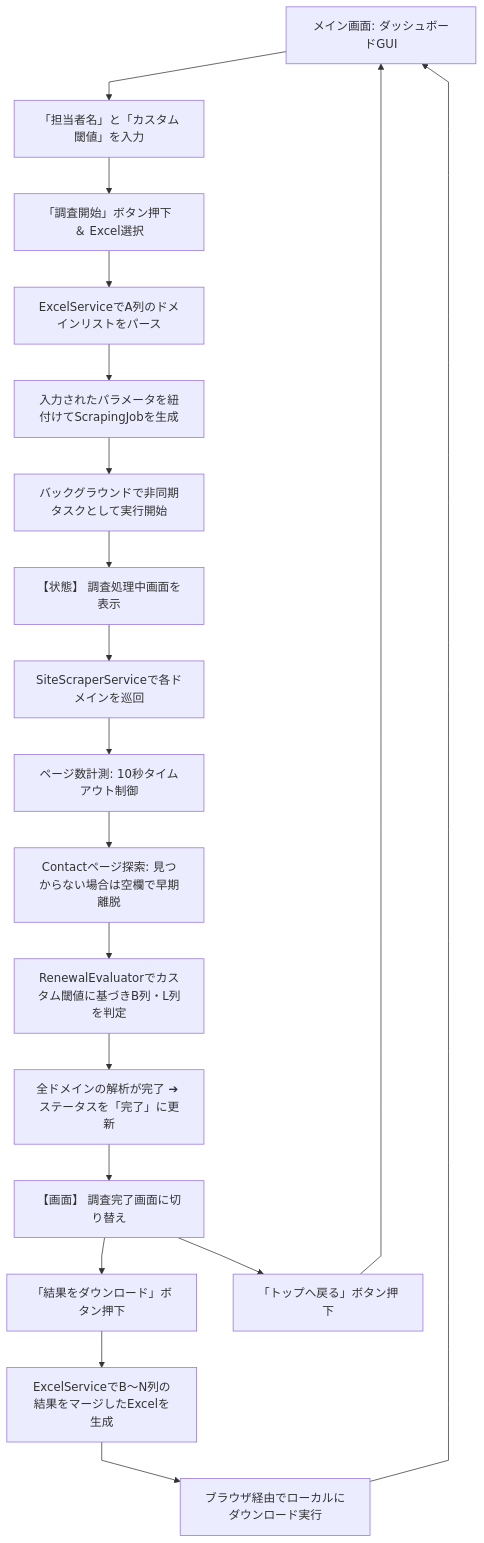
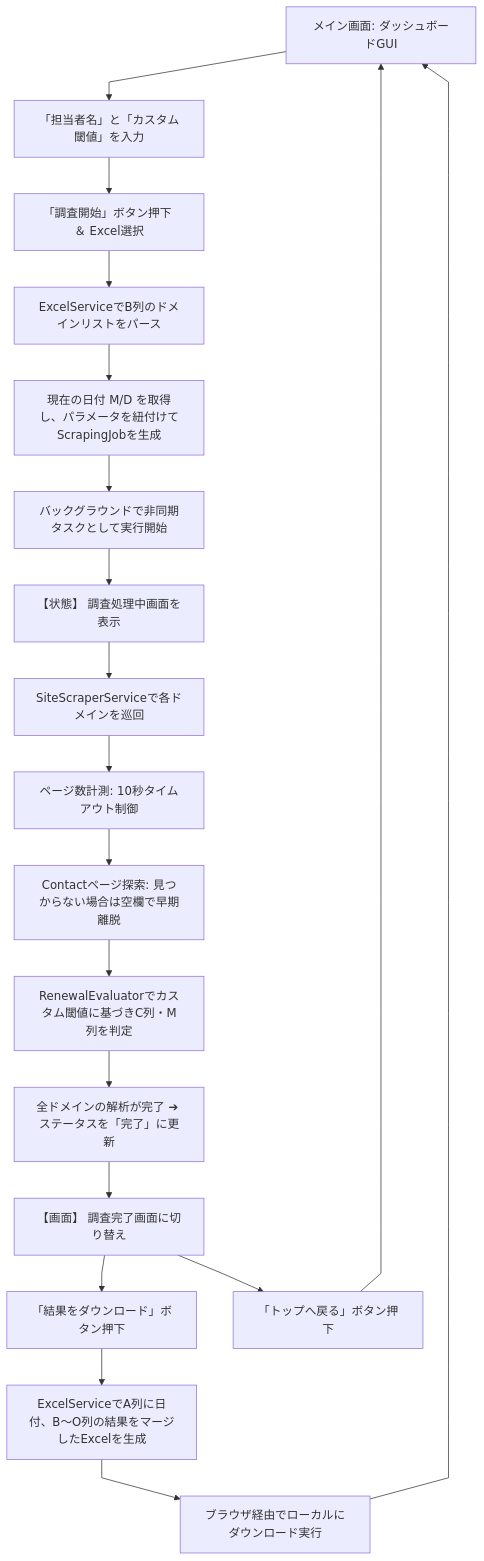
The diagram in docs/screen_transition.md (shim369/Python-Web-Analyzer), drawn with Mermaid before and after one commit. The commit also changed 2 other files, not shown here.

Commit message:
docs: update requirements and flowcharts for A-column date spec

````diff
--- a/docs/screen_transition.md
+++ b/docs/screen_transition.md
@@ -5,32 +5,31 @@
 ```mermaid
 %%{init: {'flowchart': {'curve': 'linear'}}}%%
 flowchart TD
     A[メイン画面: ダッシュボードGUI]
 
     %% --- 1. 調査実行フロー ---
     A --> B[「担当者名」と「カスタム閾値」を入力]
     B --> C[「調査開始」ボタン押下 ＆ Excel選択]
-    C --> D[ExcelServiceでA列のドメインリストをパース]
-    D --> E[入力されたパラメータを紐付けてScrapingJobを生成]
+    C --> D[ExcelServiceでB列のドメインリストをパース]
+    D --> E[現在の日付 M/D を取得し、パラメータを紐付けてScrapingJobを生成]
     E --> F[バックグラウンドで非同期タスクとして実行開始]
     F --> G[【状態】 調査処理中画面を表示]
 
     %% --- 2. バックグラウンド処理フロー ---
     G --> H[SiteScraperServiceで各ドメインを巡回]
     H --> I[ページ数計測: 10秒タイムアウト制御]
     I --> J[Contactページ探索: 見つからない場合は空欄で早期離脱]
-    J --> K[RenewalEvaluatorでカスタム閾値に基づきB列・L列を判定]
+    J --> K[RenewalEvaluatorでカスタム閾値に基づきC列・M列を判定]
     K --> L[全ドメインの解析が完了 ➔ ステータスを「完了」に更新]
     L --> M[【画面】 調査完了画面に切り替え]
 
     %% --- 3. ダウンロードフロー ---
     M --> N[「結果をダウンロード」ボタン押下]
-    N --> O[ExcelServiceでB〜N列の結果をマージしたExcelを生成]
+    N --> O[ExcelServiceでA列に日付、B〜O列の結果をマージしたExcelを生成]
     O --> P[ブラウザ経由でローカルにダウンロード実行]
     P --> A
 
     %% --- 4. トップへ戻るフロー ---
     M --> Q[「トップへ戻る」ボタン押下]
     Q --> A
-
 ```
````
